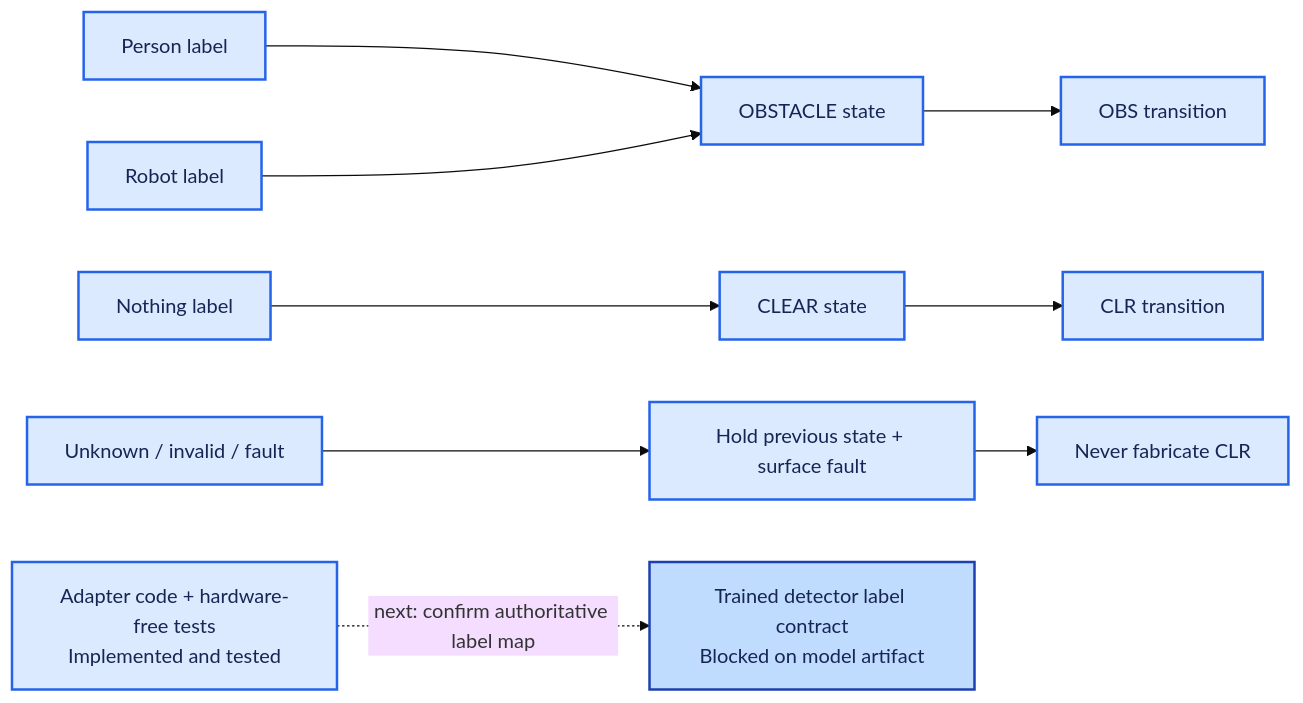
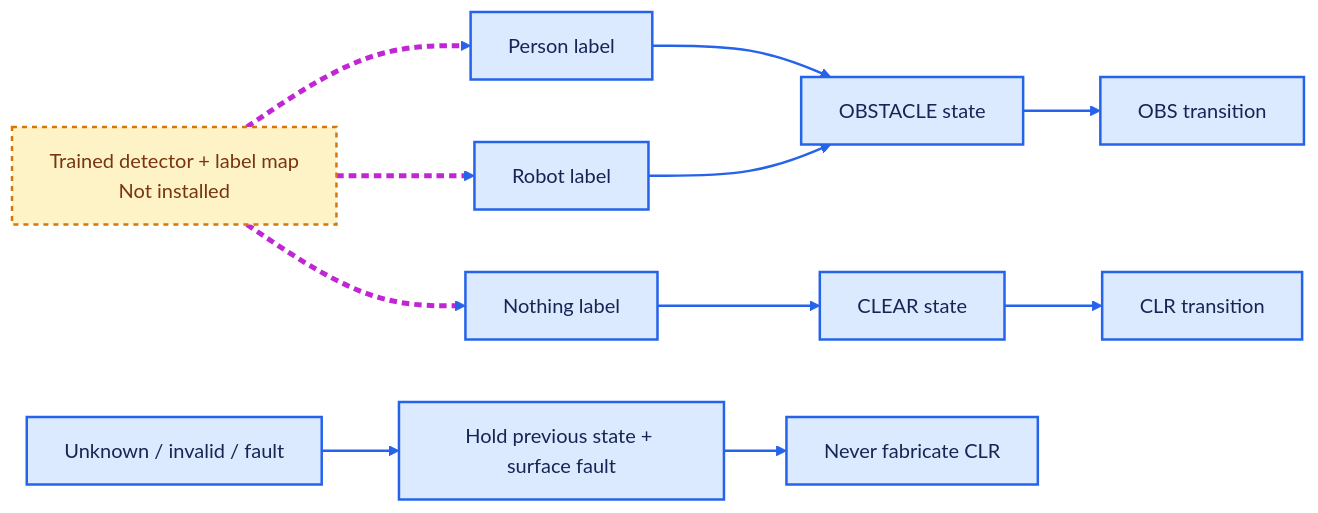
Before and after one commit to kirolossedra/RIS-Robotics: the sixth of 21 diagrams in docs/architecture/system/progress.md, drawn with Mermaid (base theme). The commit also changed other lines of this file, not shown here.

````diff
--- a/docs/architecture/system/progress.md
+++ b/docs/architecture/system/progress.md
@@ -111,16 +138,21 @@
 ```mermaid
 flowchart LR
-    PERSON["Person label"] --> OBSTACLE["OBSTACLE state"]
-    ROBOT["Robot label"] --> OBSTACLE
-    NOTHING["Nothing label"] --> CLEAR["CLEAR state"]
+    MODEL["Trained detector + label map<br/>Not installed"] --> PERSON["Person label"]
+    MODEL --> ROBOT["Robot label"]
+    MODEL --> NOTHING["Nothing label"]
+    PERSON --> OBSTACLE["OBSTACLE state"]
+    ROBOT --> OBSTACLE
+    NOTHING --> CLEAR["CLEAR state"]
     UNKNOWN["Unknown / invalid / fault"] --> HOLD["Hold previous state + surface fault"]
     OBSTACLE --> OBS["OBS transition"]
     CLEAR --> CLR["CLR transition"]
     HOLD --> NO_FALSE_CLEAR["Never fabricate CLR"]
-    LABELS["Adapter code + hardware-free tests<br/>Implemented and tested"] -. "next: confirm authoritative label map" .-> MAP["Trained detector label contract<br/>Blocked on model artifact"]
 
     classDef done fill:#dbeafe,stroke:#2563eb,color:#172554,stroke-width:2px;
     classDef blocked fill:#bfdbfe,stroke:#1e40af,color:#172554,stroke-width:2px;
-    class PERSON,ROBOT,NOTHING,OBSTACLE,CLEAR,UNKNOWN,HOLD,OBS,CLR,NO_FALSE_CLEAR,LABELS done;
-    class MAP blocked;
+    classDef planned fill:#fef3c7,stroke:#d97706,color:#78350f,stroke-width:2px,stroke-dasharray:4 4;
+    class PERSON,ROBOT,NOTHING,OBSTACLE,CLEAR,UNKNOWN,HOLD,OBS,CLR,NO_FALSE_CLEAR done;
+    class MODEL planned;
+    linkStyle default stroke:#2563eb,stroke-width:2px;
+    linkStyle 0,1,2 stroke:#c026d3,stroke-width:4px,stroke-dasharray:6 4;
 ```
````
